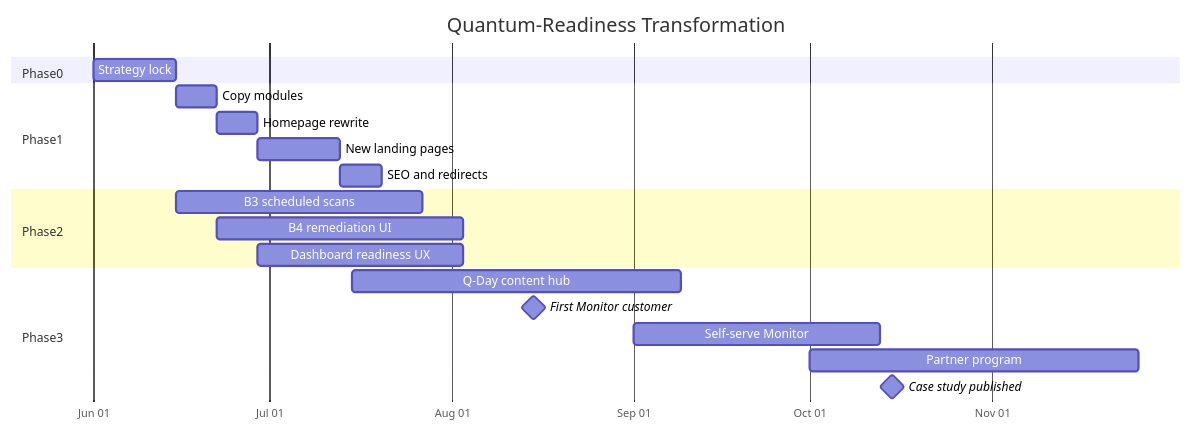
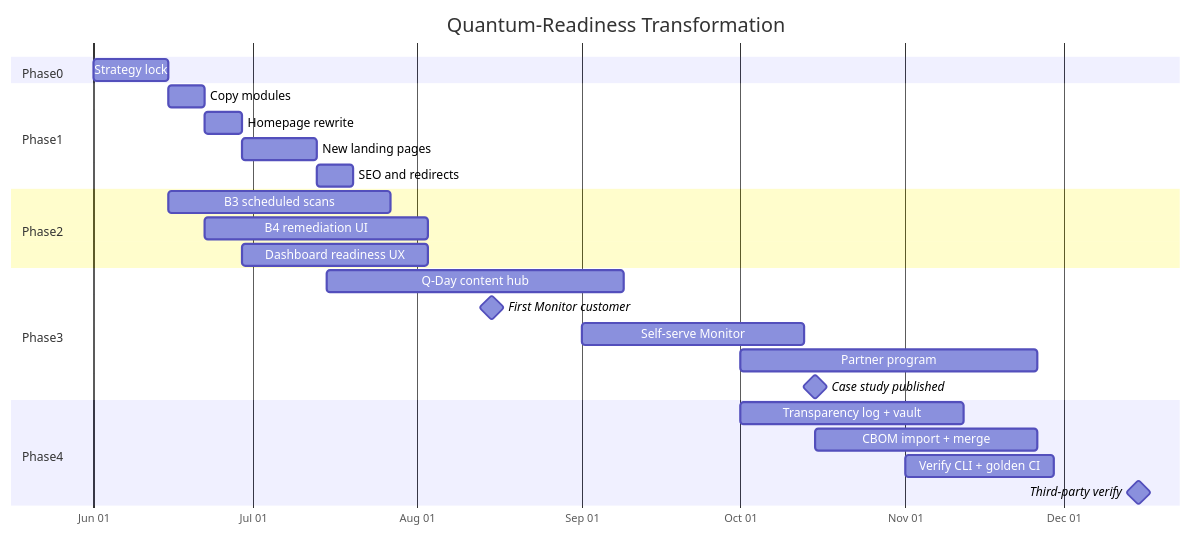
One commit to charley-forey/qtangl changed the first of 2 diagrams in roadmap/quantum-readiness/08-execution-plan.md. Above: the diagram before and after it, drawn with Mermaid. The commit also changed other lines of this file and 61 other files, not shown here.

````diff
--- a/roadmap/quantum-readiness/08-execution-plan.md
+++ b/roadmap/quantum-readiness/08-execution-plan.md
@@ -176,27 +241,33 @@
 ```mermaid
 gantt
   title Quantum-Readiness Transformation
   dateFormat YYYY-MM-DD
   axisFormat %b %d
 
   section Phase0
   Strategy lock           :p0, 2026-06-01, 14d
 
   section Phase1
   Copy modules              :p1a, after p0, 7d
   Homepage rewrite          :p1b, after p1a, 7d
   New landing pages         :p1c, after p1b, 14d
   SEO and redirects         :p1d, after p1c, 7d
 
   section Phase2
   B3 scheduled scans        :p2a, 2026-06-15, 42d
   B4 remediation UI         :p2b, 2026-06-22, 42d
   Dashboard readiness UX    :p2c, after p1b, 35d
 
   section Phase3
   Q-Day content hub         :p3a, 2026-07-15, 56d
   First Monitor customer    :milestone, p3m1, 2026-08-15, 0d
   Self-serve Monitor        :p3b, 2026-09-01, 42d
   Partner program           :p3c, 2026-10-01, 56d
   Case study published      :milestone, p3m2, 2026-10-15, 0d
+
+  section Phase4
+  Transparency log + vault  :p4a, 2026-10-01, 42d
+  CBOM import + merge       :p4b, 2026-10-15, 42d
+  Verify CLI + golden CI    :p4c, 2026-11-01, 28d
+  Third-party verify        :milestone, p4m1, 2026-12-15, 0d
 ```
````
